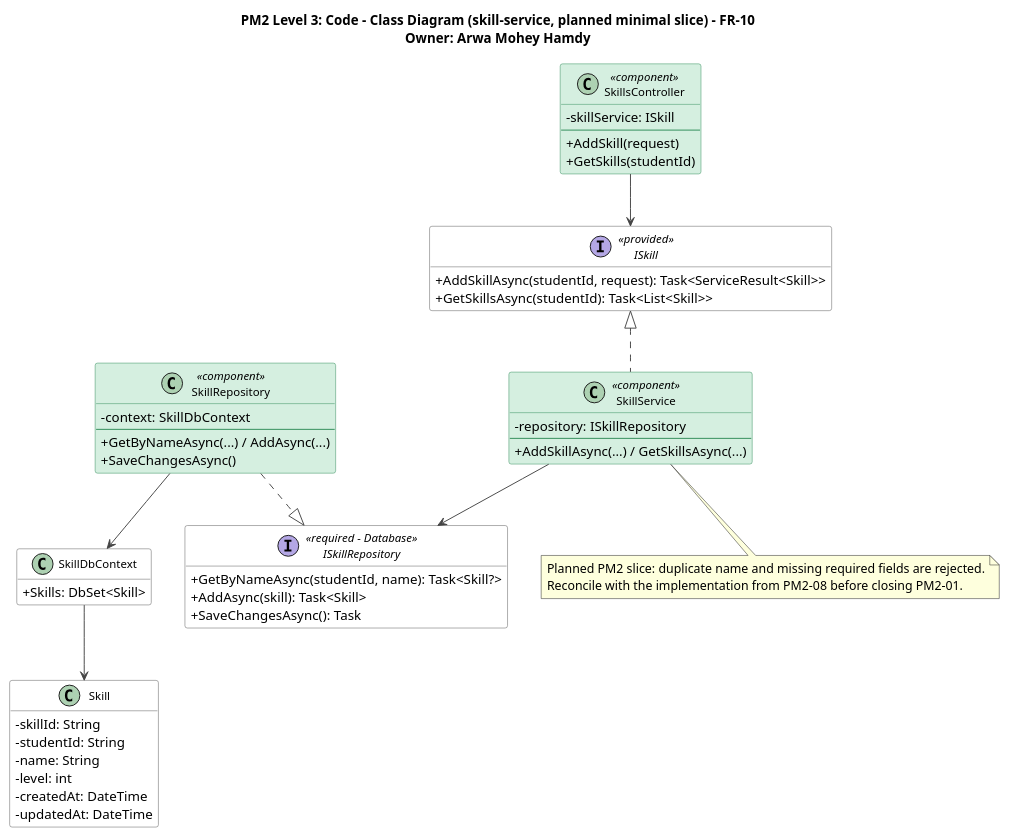
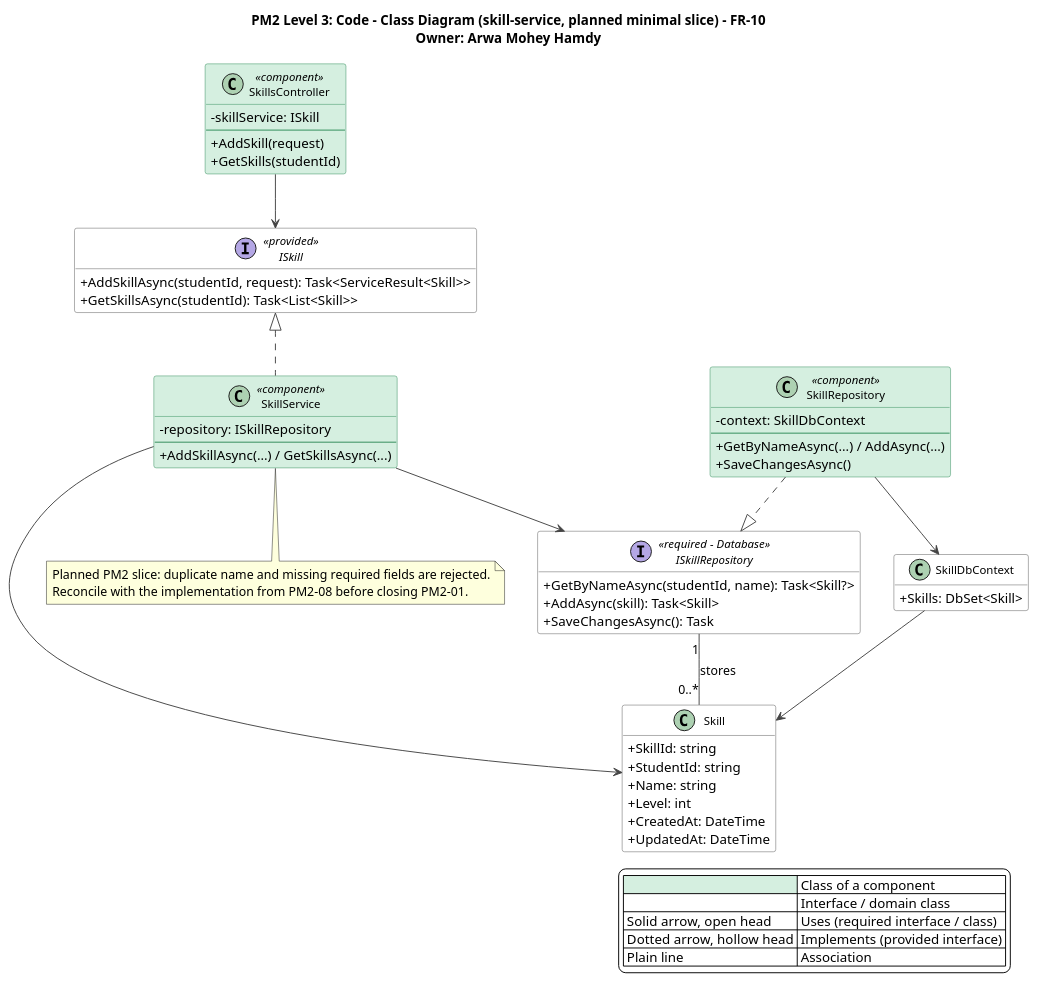
Before and after one commit to AIU-SoftWave/Aspirra: the diagram in docs/PM2/Part A — Design/Class Diagram/skill-service.puml, drawn with PlantUML. The commit also changed 16 other files, not shown here.

Commit message:
Update PM2-01 class diagrams, message-link table, and report embeds (SCRUM-175, #54)

```diff
--- a/docs/PM2/Part A — Design/Class Diagram/skill-service.puml
+++ b/docs/PM2/Part A — Design/Class Diagram/skill-service.puml
@@ -1,79 +1,89 @@
 @startuml skill-service
 title PM2 Level 3: Code - Class Diagram (skill-service, planned minimal slice) - FR-10\nOwner: Arwa Mohey Hamdy
 top to bottom direction
 skinparam shadowing false
 skinparam defaultFontName Segoe UI
 skinparam backgroundColor #FFFFFF
 skinparam classAttributeIconSize 0
 skinparam classFontSize 12
 skinparam nodesep 35
 skinparam ranksep 55
 skinparam ArrowColor #444444
 skinparam class {
   BackgroundColor #FFFFFF
   BorderColor #555555
   BackgroundColor<<component>> #D5EFE0
   BorderColor<<component>> #2E8B57
 }
 skinparam interface {
   BackgroundColor #FFFFFF
   BorderColor #555555
 }
 hide empty members
+
+legend right
+  |<#D5EFE0>   | Class of a component |
+  |<#FFFFFF>   | Interface / domain class |
+  | Solid arrow, open head | Uses (required interface / class) |
+  | Dotted arrow, hollow head | Implements (provided interface) |
+  | Plain line | Association |
+endlegend
 
 interface ISkill <<provided>> {
   +AddSkillAsync(studentId, request): Task<ServiceResult<Skill>>
   +GetSkillsAsync(studentId): Task<List<Skill>>
 }
 
 class SkillsController <<component>> {
   -skillService: ISkill
   --
   +AddSkill(request)
   +GetSkills(studentId)
 }
 
 class SkillService <<component>> {
   -repository: ISkillRepository
   --
   +AddSkillAsync(...) / GetSkillsAsync(...)
 }
 
 interface ISkillRepository <<required - Database>> {
   +GetByNameAsync(studentId, name): Task<Skill?>
   +AddAsync(skill): Task<Skill>
   +SaveChangesAsync(): Task
 }
 
 class SkillRepository <<component>> {
   -context: SkillDbContext
   --
   +GetByNameAsync(...) / AddAsync(...)
   +SaveChangesAsync()
 }
 
 class SkillDbContext {
   +Skills: DbSet<Skill>
 }
 
 class Skill {
-  -skillId: String
-  -studentId: String
-  -name: String
-  -level: int
-  -createdAt: DateTime
-  -updatedAt: DateTime
+  +SkillId: string
+  +StudentId: string
+  +Name: string
+  +Level: int
+  +CreatedAt: DateTime
+  +UpdatedAt: DateTime
 }
 
 SkillsController --> ISkill
 ISkill <|.. SkillService
 SkillService --> ISkillRepository
+SkillService --> Skill
+ISkillRepository "1" -- "0..*" Skill : stores
 SkillRepository ..|> ISkillRepository
 SkillRepository --> SkillDbContext
 SkillDbContext --> Skill
 
 note bottom of SkillService
   Planned PM2 slice: duplicate name and missing required fields are rejected.
   Reconcile with the implementation from PM2-08 before closing PM2-01.
 end note
 @enduml
```
